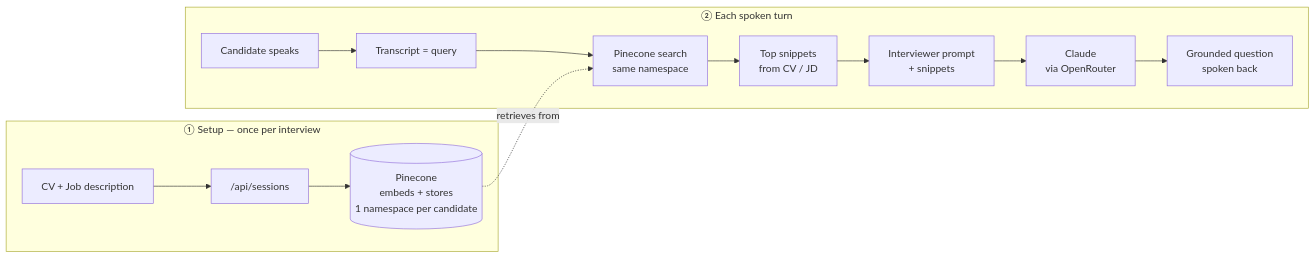
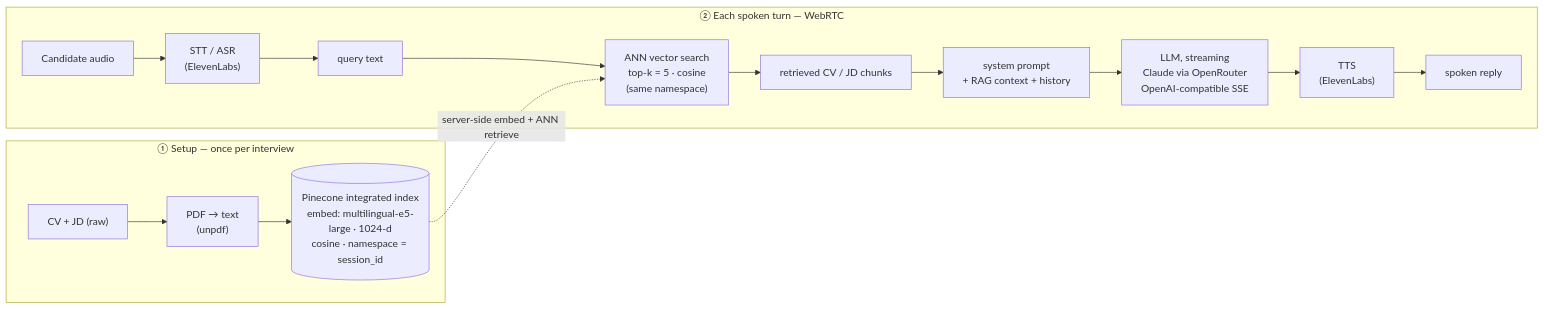
Before and after one commit to sheicky/ai-Interview: the seventh of 7 diagrams in SYSTEM-DESIGN.md, drawn with Mermaid. The commit also changed other lines of this file, not shown here.

Commit message:
docs: make the RAG pipeline diagram technical (STT/TTS, embeddings, ANN) (#24)
Section 8 now shows STT/ASR, server-side embedding (multilingual-e5-large,
1024-d, cosine), top-k ANN vector search, streaming SSE, and TTS over
WebRTC — still a one-glance schema, just labelled with the real pieces.

````diff
--- a/SYSTEM-DESIGN.md
+++ b/SYSTEM-DESIGN.md
@@ -262,18 +262,20 @@
 ```mermaid
 flowchart LR
   subgraph Ingest["① Setup — once per interview"]
-    Docs["CV + Job description"] --> API["/api/sessions"]
-    API --> PC[("Pinecone<br/>embeds + stores<br/>1 namespace per candidate")]
+    Docs["CV + JD (raw)"] --> Parse["PDF → text<br/>(unpdf)"]
+    Parse --> PC[("Pinecone integrated index<br/>embed: multilingual-e5-large · 1024-d<br/>cosine · namespace = session_id")]
   end
 
-  subgraph Turn["② Each spoken turn"]
-    Voice["Candidate speaks"] --> Q["Transcript = query"]
-    Q --> Search["Pinecone search<br/>same namespace"]
-    Search --> Top["Top snippets<br/>from CV / JD"]
-    Top --> Prompt["Interviewer prompt<br/>+ snippets"]
-    Prompt --> LLM["Claude<br/>via OpenRouter"]
-    LLM --> Reply["Grounded question<br/>spoken back"]
+  subgraph Turn["② Each spoken turn — WebRTC"]
+    Mic["Candidate audio"] --> STT["STT / ASR<br/>(ElevenLabs)"]
+    STT --> Q["query text"]
+    Q --> KNN["ANN vector search<br/>top-k = 5 · cosine<br/>(same namespace)"]
+    KNN --> Ctx["retrieved CV / JD chunks"]
+    Ctx --> Prompt["system prompt<br/>+ RAG context + history"]
+    Prompt --> LLM["LLM, streaming<br/>Claude via OpenRouter<br/>OpenAI-compatible SSE"]
+    LLM --> TTS["TTS<br/>(ElevenLabs)"]
+    TTS --> Spk["spoken reply"]
   end
 
-  PC -. retrieves from .-> Search
+  PC -. server-side embed + ANN retrieve .-> KNN
 ```
````
